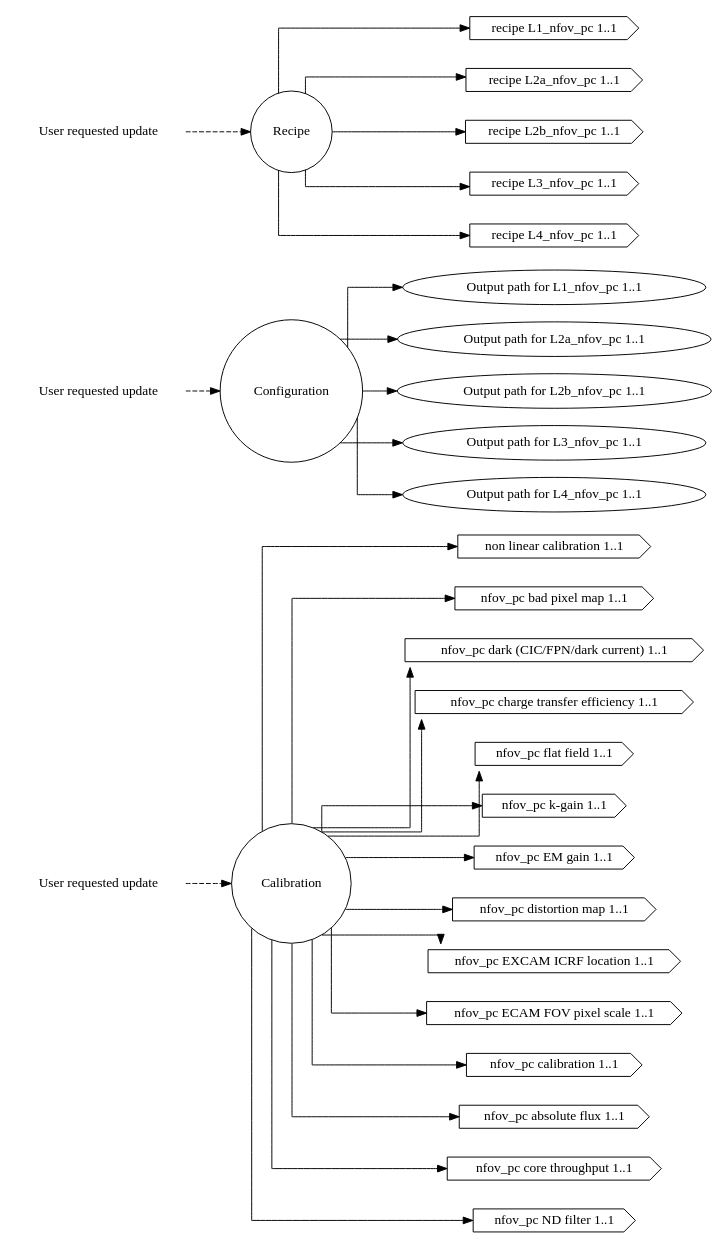
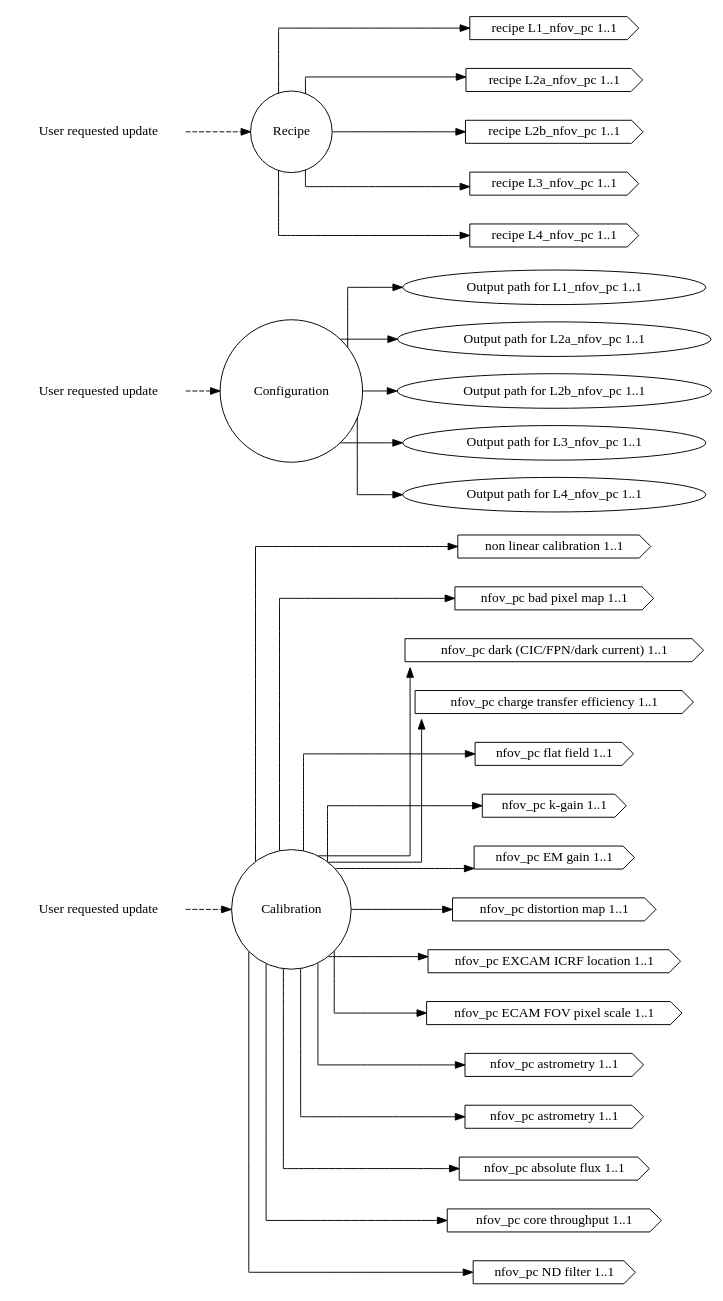
One commit to roman-corgi/ctc-dip changed the diagram in dip/basis/ck_nfov_pc.dot. Above: the diagram before and after it, drawn with Graphviz. The commit also changed 48 other files, not shown here.

```diff
--- a/dip/basis/ck_nfov_pc.dot
+++ b/dip/basis/ck_nfov_pc.dot
@@ -1,125 +1,129 @@
 /* why separate channels and how are they tied back together
 *
 * The magic happens from clerks.dot. It contains the same clerks but with dawgie
 * information tied to the nodes. Since they are all named the same among these
 * channlized files and clerks.dot, the dip.basis.transmute distills then
 * condenses them into a hidden monolithic concept if they have dawgie
 * information associated with them. That is the real magic.
 */
 digraph NFOVPCClerks
 {
   graph [splines="ortho", rankdir=LR];
 
   alarm_cal [label="User requested update", shape="none"];
   alarm_cnf [label="User requested update", shape="none"];
   alarm_rec [label="User requested update", shape="none"];
   
   calib [label="Calibration", shape="circle"];
   config [label="Configuration", shape="circle"];
   recipe [label="Recipe", shape="circle"];
 
   l1_nfov_pc_odir [label="Output path for L1_nfov_pc 1..1", shape="ellipse",
                  valname="clerk.configuration.l1_nfov_pc.outdir",
                  valtype="dip.base.Configuration"];
   l1_nfov_pc_rec [label="recipe L1_nfov_pc 1..1", shape="cds",
                 valname="clerk.recipe.l1_nfov_pc.recipe",
                 valtype="dip.base.Recipe"];
   l1_nfov_pc_nllut [label="non linear calibration 1..1", shape="cds",
                      valname="clerk.calibration.l1_nfov_pc.nonlin",
                      valtype="dip.base.Calibration"];
 
   l2a_nfov_pc_odir [label="Output path for L2a_nfov_pc 1..1", shape="ellipse",
                  valname="clerk.configuration.l2a_nfov_pc.outdir",
                  valtype="dip.base.Configuration"];
   l2a_nfov_pc_rec [label="recipe L2a_nfov_pc 1..1", shape="cds",
                  valname="clerk.recipe.l2a_nfov_pc.recipe",
                  valtype="dip.base.Recipe"];
   l2a_nfov_pc_mbpm [label="nfov_pc bad pixel map 1..1", shape="cds",
                 valname="clerk.calibration.l2a_nfov_pc.bad_pix_map",
                 valtype="dip.base.Calibration"];
   l2a_nfov_pc_dnb  [label="nfov_pc dark (CIC/FPN/dark current) 1..1", shape="cds",
                   valname="clerk.calibration.l2a_nfov_pc.darks",
                   valtype="dip.base.Calibration"];
   l2a_nfov_pc_cti  [label="nfov_pc charge transfer efficiency 1..1", shape="cds",
                 valname="clerk.calibration.l2a_nfov_pc.charge_xfer_eff",
                 valtype="dip.base.Calibration"];
   l2a_nfov_pc_ff  [label="nfov_pc flat field 1..1", shape="cds",
                 valname="clerk.calibration.l2a_nfov_pc.flat_field",
                 valtype="dip.base.Calibration"];
   l2a_nfov_pc_kgain  [label="nfov_pc k-gain 1..1", shape="cds",
                 valname="clerk.calibration.l2a_nfov_pc.k_gain",
                 valtype="dip.base.Calibration"];
   l2a_nfov_pc_emg [label="nfov_pc EM gain 1..1", shape="cds",
                 valname="clerk.calibration.l2a_nfov_pc.em_gain",
                 valtype="dip.base.Calibration"];
   l2b_nfov_pc_odir [label="Output path for L2b_nfov_pc 1..1", shape="ellipse",
                  valname="clerk.configuration.l2b_nfov_pc.outdir",
                  valtype="dip.base.Configuration"];
   l2b_nfov_pc_rec [label="recipe L2b_nfov_pc 1..1", shape="cds",
                  valname="clerk.recipe.l2b_nfov_pc.recipe",
                  valtype="dip.base.Recipe"];
   l2b_nfov_pc_distm [label="nfov_pc distortion map 1..1", shape="cds",
                  valname="clerk.calibration.l2b_nfov_pc.distortion_map",
                  valtype="dip.base.Calibration"];
   l2b_nfov_pc_excicrf [label="nfov_pc EXCAM ICRF location 1..1", shape="cds",
                  valname="clerk.calibration.l2b_nfov_pc.excam_icrf_location",
                  valtype="dip.base.Calibration"];
   l2b_nfov_pc_excfovps [label="nfov_pc ECAM FOV pixel scale 1..1", shape="cds",
                  valname="clerk.calibration.l2b_nfov_pc.excam_fov_pixel_scale",
                  valtype="dip.base.Calibration"];
 
   l3_nfov_pc_odir [label="Output path for L3_nfov_pc 1..1", shape="ellipse",
                  valname="clerk.configuration.l3_nfov_pc.outdir",
                  valtype="dip.base.Configuration"];
   l3_nfov_pc_rec [label="recipe L3_nfov_pc 1..1", shape="cds",
                  valname="clerk.recipe.l3_nfov_pc.recipe",
                  valtype="dip.base.Recipe"];
-  l3_nfov_pc_cal [label="nfov_pc calibration 1..1", shape="cds",
-                 valname="clerk.calibration.l3_nfov_pc.calibration",
+  l3_nfov_pc_ast [label="nfov_pc astrometry 1..1", shape="cds",
+                 valname="clerk.calibration.l3_nfov_pc.astrometry",
+                 valtype="dip.base.Calibration"];
+  l3_nfov_pc_ndf [label="nfov_pc astrometry 1..1", shape="cds",
+                 valname="clerk.calibration.l3_nfov_pc.ndfilter",
                  valtype="dip.base.Calibration"];
 
   l4_nfov_pc_odir [label="Output path for L4_nfov_pc 1..1", shape="ellipse",
                  valname="clerk.configuration.l4_nfov_pc.outdir",
                  valtype="dip.base.Configuration"];
   l4_nfov_pc_rec [label="recipe L4_nfov_pc 1..1", shape="cds",
                  valname="clerk.recipe.l4_nfov_pc.recipe",
                  valtype="dip.base.Recipe"];
   l4_nfov_pc_afcal [label="nfov_pc absolute flux 1..1", shape="cds",
                  valname="clerk.calibration.l4_nfov_pc.absolute_flux",
                  valtype="dip.base.Calibration"];
   l4_nfov_pc_ctcal [label="nfov_pc core throughput 1..1", shape="cds",
                  valname="clerk.calibration.l4_nfov_pc.core_thruput",
                  valtype="dip.base.Calibration"];
   l4_nfov_pc_ndfilt [label="nfov_pc ND filter 1..1", shape="cds",
                  valname="clerk.calibration.l4_nfov_pc.nd_filter",
                  valtype="dip.base.Calibration"];
 
   alarm_cal -> calib [style="dashed"];
   alarm_cnf -> config [style="dashed"];
   alarm_rec -> recipe [style="dashed"];
 
   calib -> l1_nfov_pc_nllut;
   calib -> l2a_nfov_pc_mbpm;
   calib -> l2a_nfov_pc_dnb;
   calib -> l2a_nfov_pc_cti;
   calib -> l2a_nfov_pc_ff;
   calib -> l2a_nfov_pc_kgain;
   calib -> l2a_nfov_pc_emg;
   calib -> l2b_nfov_pc_distm;
   calib -> l2b_nfov_pc_excicrf;
   calib -> l2b_nfov_pc_excfovps;
-  calib -> l3_nfov_pc_cal;
+  calib -> l3_nfov_pc_ast;
+  calib -> l3_nfov_pc_ndf;
   calib -> l4_nfov_pc_afcal;
   calib -> l4_nfov_pc_ctcal;
   calib -> l4_nfov_pc_ndfilt;
   config -> l1_nfov_pc_odir;
   config -> l2a_nfov_pc_odir;
   config -> l2b_nfov_pc_odir;
   config -> l3_nfov_pc_odir;
   config -> l4_nfov_pc_odir;
   recipe -> l1_nfov_pc_rec;
   recipe -> l2a_nfov_pc_rec;
   recipe -> l2b_nfov_pc_rec;
   recipe -> l3_nfov_pc_rec;
   recipe -> l4_nfov_pc_rec;
 }
```
